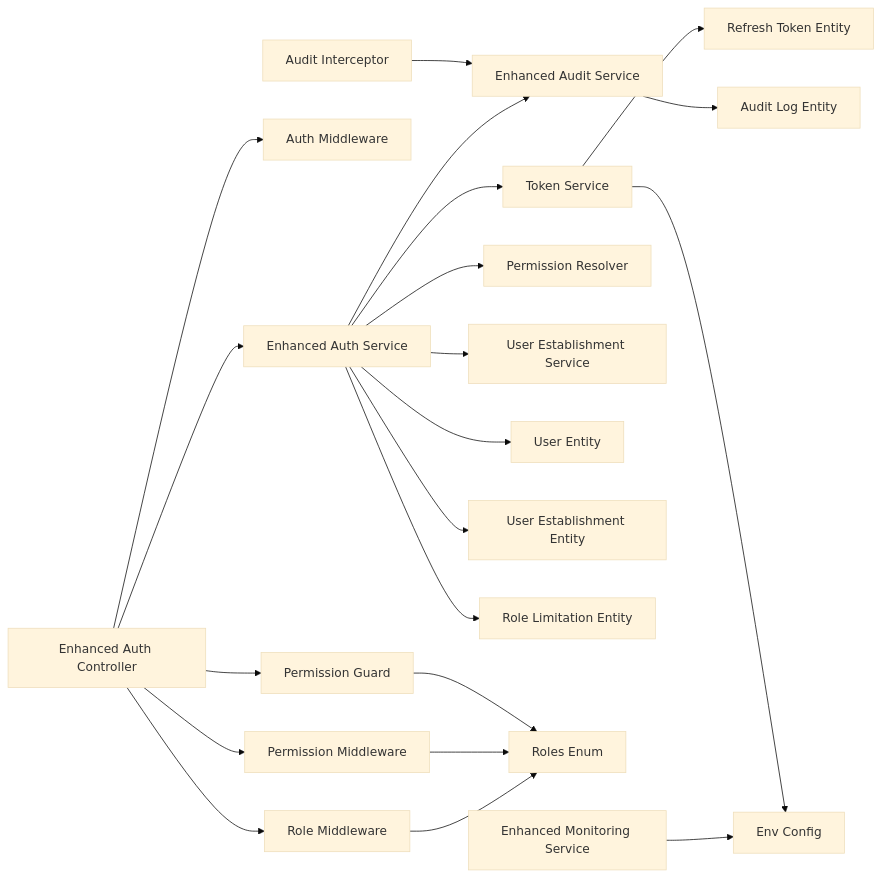
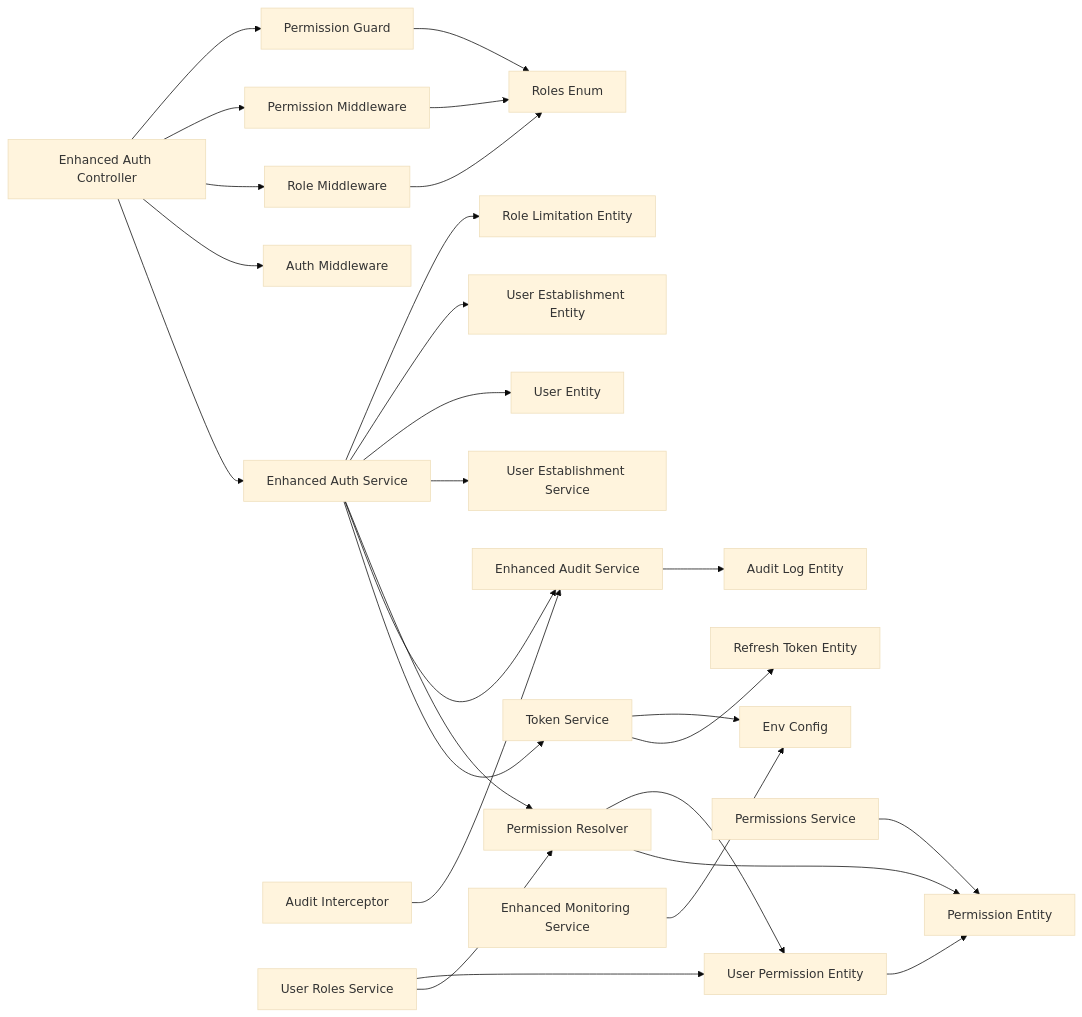
One commit to franckylab/eLISAschool changed the ninth of 9 diagrams in .qoder/repowiki/en/content/Modules & Features/Administrative Modules/Security & Governance/Security & Governance.md. Above: the diagram before and after it, drawn with Mermaid (base theme). The commit also changed other lines of this file and 358 other files, not shown here.

````diff
--- a/.qoder/repowiki/en/content/Modules & Features/Administrative Modules/Security & Governance/Security & Governance.md
+++ b/.qoder/repowiki/en/content/Modules & Features/Administrative Modules/Security & Governance/Security & Governance.md
@@ -535,23 +594,29 @@
 ```mermaid
 graph LR
 AC["Enhanced Auth Controller"] --> AS["Enhanced Auth Service"]
 AS --> TS["Token Service"]
 AS --> AU["Enhanced Audit Service"]
 AS --> PERMRES["Permission Resolver"]
 AS --> UESS["User Establishment Service"]
 AC --> PMW["Auth Middleware"]
 AC --> RMW["Role Middleware"]
 AC --> PMMW["Permission Middleware"]
 AC --> PG["Permission Guard"]
 AS --> UE["User Entity"]
 AS --> UET["User Establishment Entity"]
 AS --> ROLELT["Role Limitation Entity"]
 TS --> RTE["Refresh Token Entity"]
 AU --> AE["Audit Log Entity"]
 AI["Audit Interceptor"] --> AU
 RMW --> RE["Roles Enum"]
 PMMW --> RE
 PG --> RE
+PERMRES --> PERM["Permission Entity"]
+PERMRES --> UPERM["User Permission Entity"]
+UPERM --> PERM
+PS["Permissions Service"] --> PERM
+URS["User Roles Service"] --> PERMRES
+URS --> UPERM
 MS["Enhanced Monitoring Service"] --> EC["Env Config"]
 TS --> EC
 ```
````
